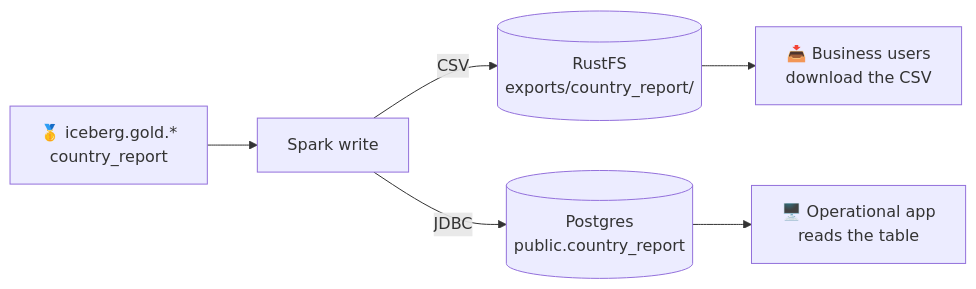
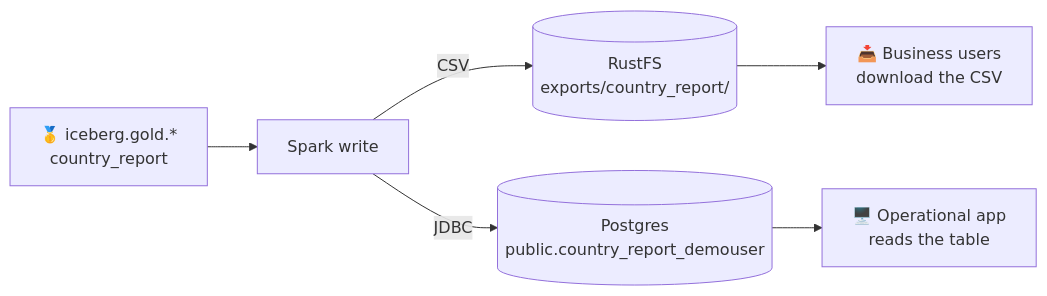
The diagram in training/docs/recipes/reverse-etl.md (maarthala/databrick-local-simulator), drawn with Mermaid before and after one commit. The commit also changed other lines of this file and 2 other files, not shown here.

First line of the commit message:
Recipes on the learner base: own bucket paths, per-learner Postgres tables, runnable challenges

````diff
--- a/training/docs/recipes/reverse-etl.md
+++ b/training/docs/recipes/reverse-etl.md
@@ -13,8 +13,8 @@
 ```mermaid
 flowchart LR
   G["🥇 iceberg.gold.*<br/>country_report"] --> RE[Spark write]
   RE -->|CSV| S3[(RustFS<br/>exports/country_report/)]
-  RE -->|JDBC| PG[(Postgres<br/>public.country_report)]
+  RE -->|JDBC| PG[(Postgres<br/>public.country_report_demouser)]
   S3 --> BU[📥 Business users<br/>download the CSV]
   PG --> APP[🖥️ Operational app<br/>reads the table]
 ```
````
